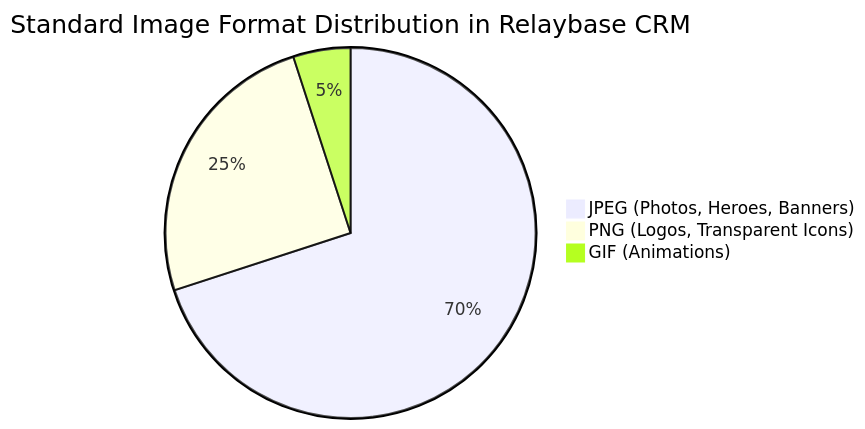
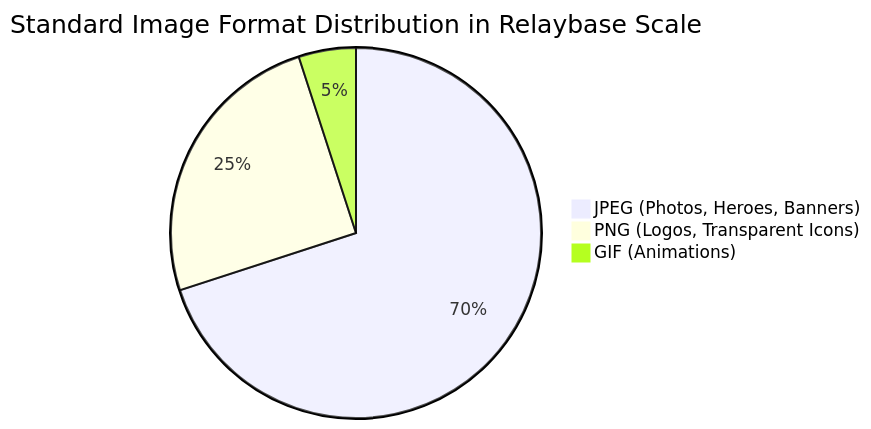
The first of 4 diagrams in docs/features/crm-email-image-asset-cdn-spec.md (gssisaac/relaybase), drawn with Mermaid before and after one commit. The commit also changed other lines of this file and 312 other files, not shown here.

First line of the commit message:
Rename CRM to Scale across routes, API, and sidebar.

````diff
--- a/docs/features/crm-email-image-asset-cdn-spec.md
+++ b/docs/features/crm-email-image-asset-cdn-spec.md
@@ -43,6 +43,6 @@
 ```mermaid
-pie title Standard Image Format Distribution in Relaybase CRM
+pie title Standard Image Format Distribution in Relaybase Scale
     "JPEG (Photos, Heroes, Banners)" : 70
     "PNG (Logos, Transparent Icons)" : 25
     "GIF (Animations)" : 5
 ```
````
